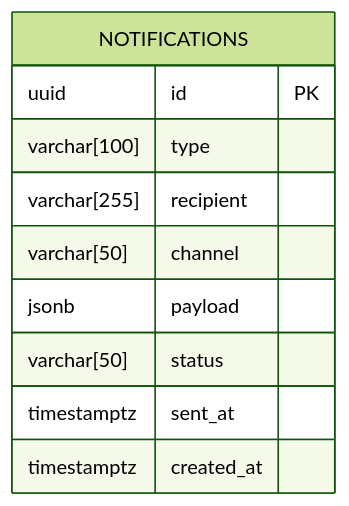
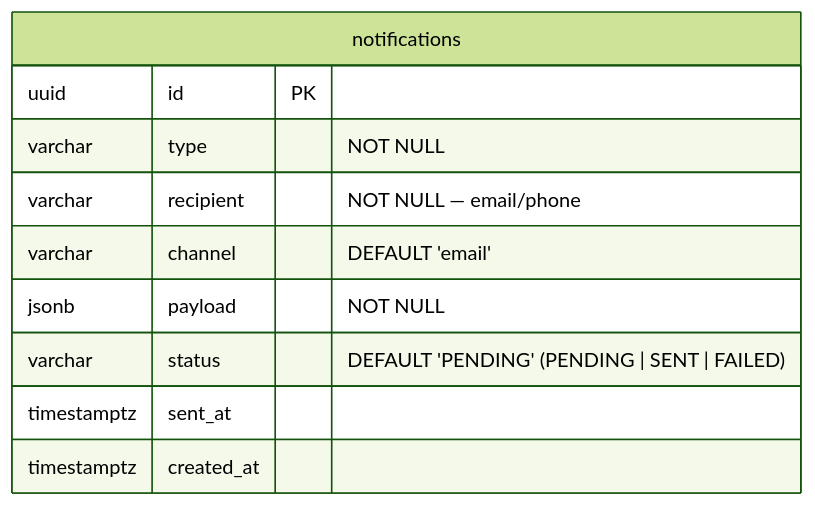
Before and after one commit to hoangdaochuz/booking: the fifth of 8 diagrams in docs/database-erd.md, drawn with Mermaid (forest theme). The commit also changed other lines of this file and 19 other files, not shown here.

````diff
--- a/docs/database-erd.md
+++ b/docs/database-erd.md
@@ -327,13 +193,13 @@
 ```mermaid
 erDiagram
-    NOTIFICATIONS {
+    notifications {
         uuid id PK
-        varchar[100] type
-        varchar[255] recipient
-        varchar[50] channel
-        jsonb payload
-        varchar[50] status
+        varchar type "NOT NULL"
+        varchar recipient "NOT NULL — email/phone"
+        varchar channel "DEFAULT 'email'"
+        jsonb payload "NOT NULL"
+        varchar status "DEFAULT 'PENDING' (PENDING | SENT | FAILED)"
         timestamptz sent_at
         timestamptz created_at
     }
 ```
````
